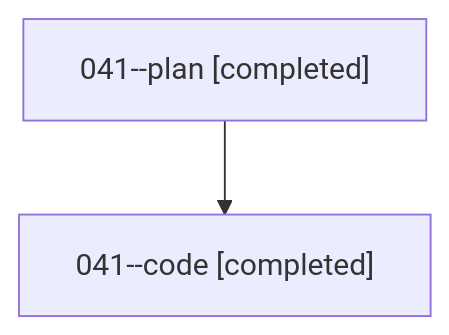
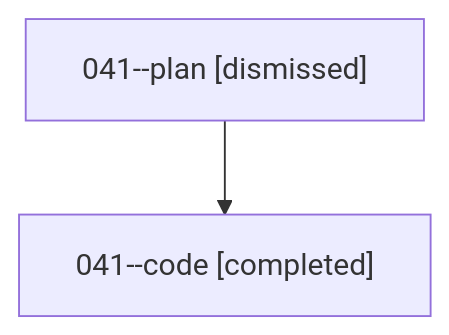
Before and after one commit to bobs-org/bob-cli--agents: the diagram in families/bbugyi200.athena.041.md, drawn with Mermaid. The commit also changed other lines of this file and 77 other files, not shown here.

````diff
--- a/families/bbugyi200.athena.041.md
+++ b/families/bbugyi200.athena.041.md
@@ -9,6 +9,6 @@
 ```mermaid
 flowchart TD
-  n0["041--plan [completed]"]
+  n0["041--plan [dismissed]"]
   n1["041--code [completed]"]
   n0 --> n1
 ```
````
